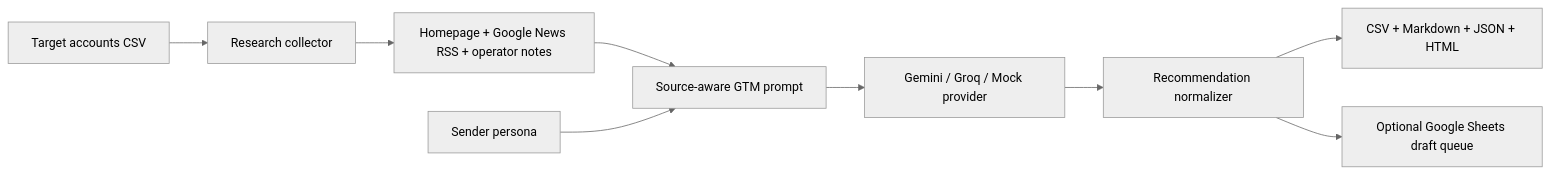
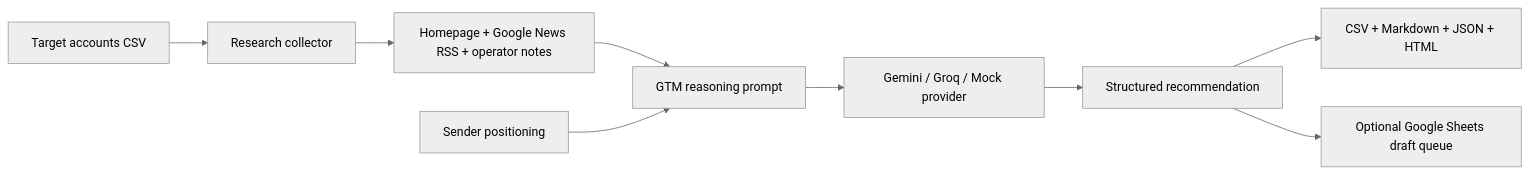
The diagram in README.md (shubham1502-hue/ai-gtm-command-center), drawn with Mermaid (neutral theme) before and after one commit. The commit also changed other lines of this file, not shown here.

````diff
--- a/README.md
+++ b/README.md
@@ -154,11 +66,11 @@
 ```mermaid
 flowchart LR
     CSV["Target accounts CSV"] --> Research["Research collector"]
     Research --> Sources["Homepage + Google News RSS + operator notes"]
-    Sources --> Prompt["Source-aware GTM prompt"]
-    Persona["Sender persona"] --> Prompt
+    Sources --> Prompt["GTM reasoning prompt"]
+    Persona["Sender positioning"] --> Prompt
     Prompt --> LLM["Gemini / Groq / Mock provider"]
-    LLM --> Normalize["Recommendation normalizer"]
+    LLM --> Normalize["Structured recommendation"]
     Normalize --> Outputs["CSV + Markdown + JSON + HTML"]
     Normalize --> Sheets["Optional Google Sheets draft queue"]
 ```
````
